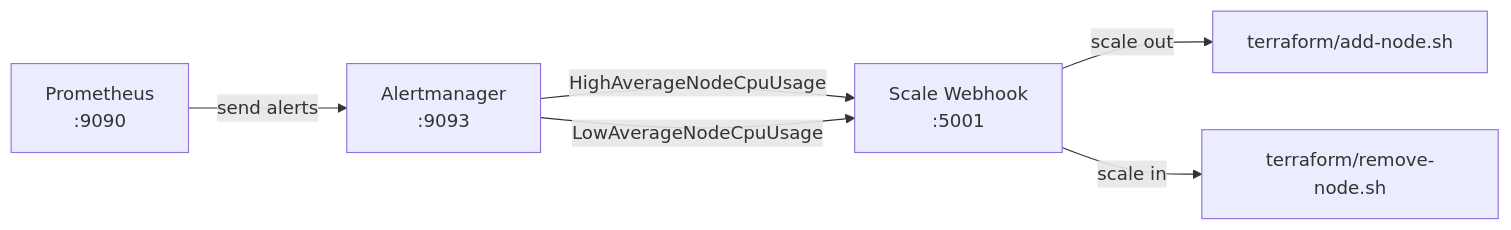
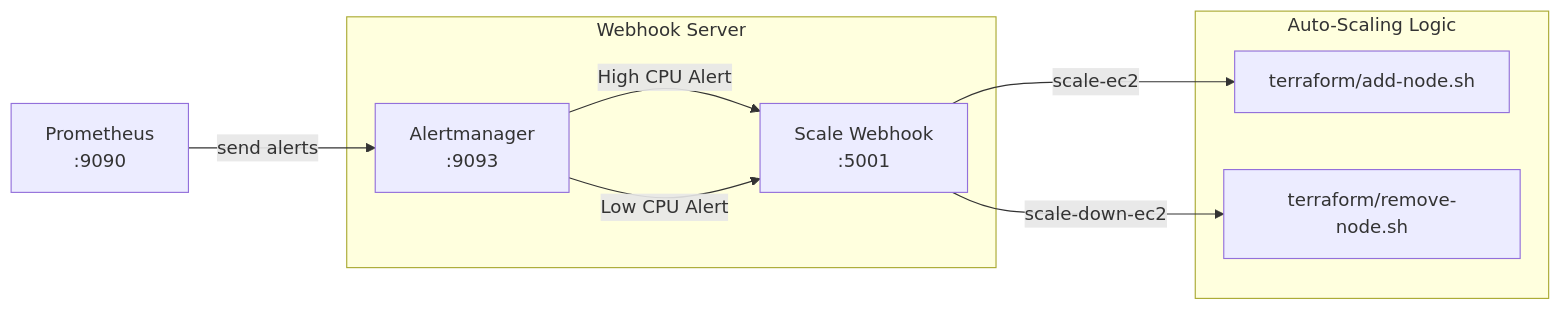
Before and after one commit to kien-devops/cicd-ecr-kube-ec2-gitaction: the diagram in alertmanager/README.md, drawn with Mermaid. The commit also changed other lines of this file and 9 other files, not shown here.

Commit message:
docs: revamp all README files with badges, diagrams, and structured sections

````diff
--- a/alertmanager/README.md
+++ b/alertmanager/README.md
@@ -14,8 +12,14 @@
 ```mermaid
 flowchart LR
     PROM[Prometheus<br/>:9090] -->|send alerts| ALERT[Alertmanager<br/>:9093]
-    ALERT -->|HighAverageNodeCpuUsage| WEBHOOK[Scale Webhook<br/>:5001]
-    ALERT -->|LowAverageNodeCpuUsage| WEBHOOK
-    WEBHOOK -->|scale out| ADD[terraform/add-node.sh]
-    WEBHOOK -->|scale in| REMOVE[terraform/remove-node.sh]
+    
+    subgraph Webhook Server
+        ALERT -->|High CPU Alert| WEBHOOK[Scale Webhook<br/>:5001]
+        ALERT -->|Low CPU Alert| WEBHOOK
+    end
+    
+    subgraph Auto-Scaling Logic
+        WEBHOOK -->|scale-ec2| ADD[terraform/add-node.sh]
+        WEBHOOK -->|scale-down-ec2| REMOVE[terraform/remove-node.sh]
+    end
 ```
````
